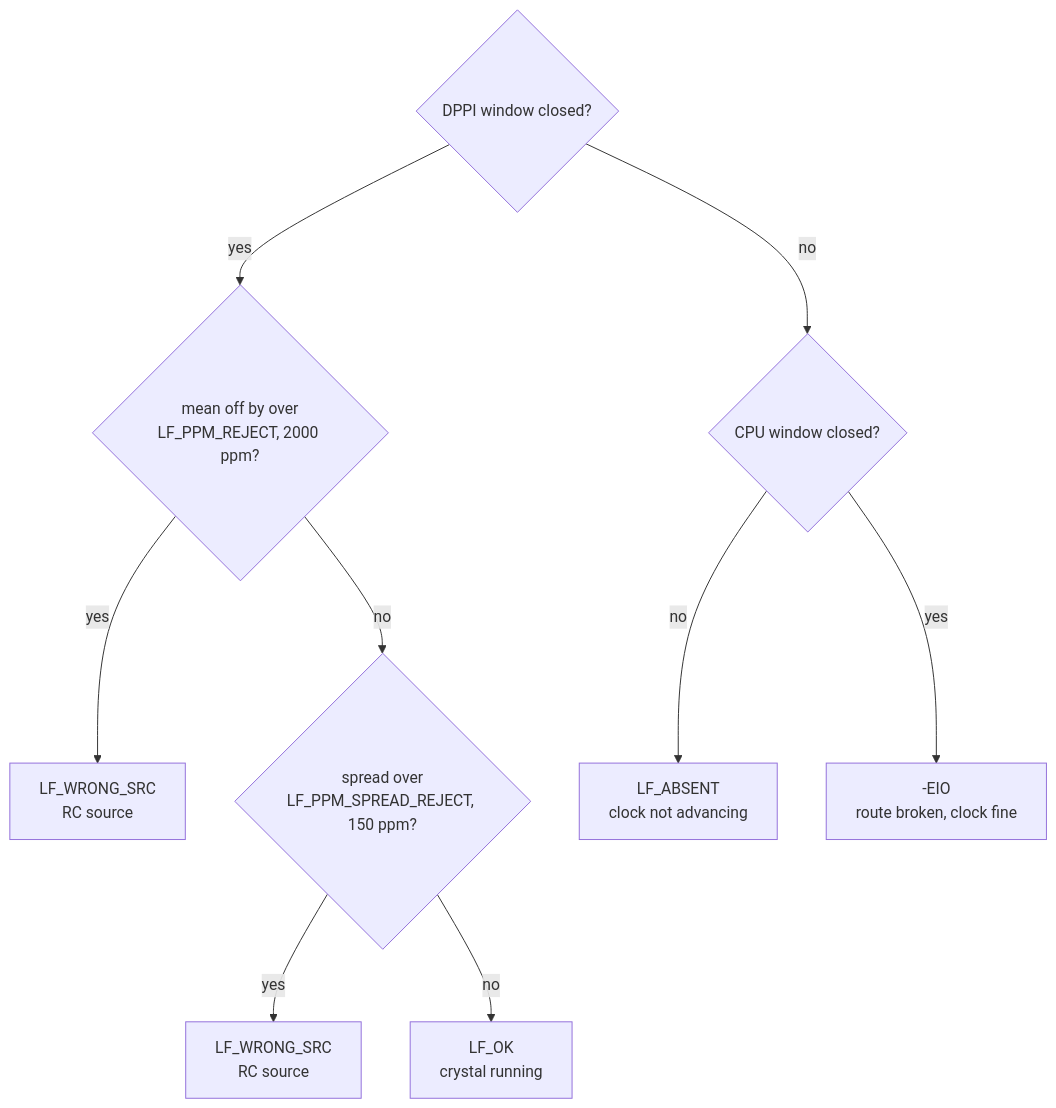
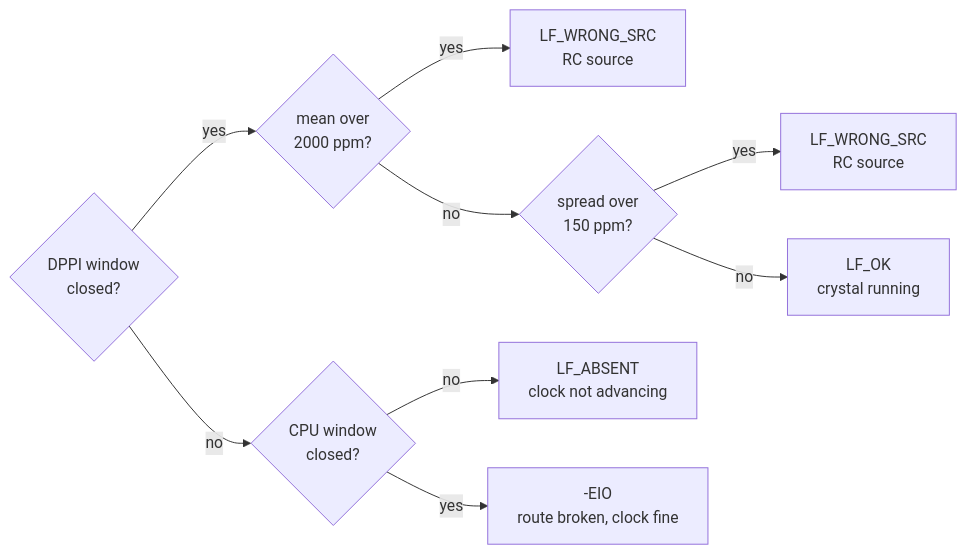
The fourth of 4 diagrams in README.md (droidecahedron/lfclk_probe), drawn with Mermaid before and after one commit. The commit also changed other lines of this file, not shown here.

````diff
--- a/README.md
+++ b/README.md
@@ -83,12 +83,12 @@
 ```mermaid
-flowchart TD
-    cap{"DPPI window closed?"}
-    cap -->|yes| mean{"mean off by over<br/>LF_PPM_REJECT, 2000 ppm?"}
+flowchart LR
+    cap{"DPPI window<br/>closed?"}
+    cap -->|yes| mean{"mean over<br/>2000 ppm?"}
     mean -->|yes| wrong1["LF_WRONG_SRC<br/>RC source"]
-    mean -->|no| spread{"spread over<br/>LF_PPM_SPREAD_REJECT, 150 ppm?"}
+    mean -->|no| spread{"spread over<br/>150 ppm?"}
     spread -->|yes| wrong2["LF_WRONG_SRC<br/>RC source"]
     spread -->|no| ok["LF_OK<br/>crystal running"]
-    cap -->|no| sw{"CPU window closed?"}
+    cap -->|no| sw{"CPU window<br/>closed?"}
     sw -->|no| absent["LF_ABSENT<br/>clock not advancing"]
     sw -->|yes| eio["-EIO<br/>route broken, clock fine"]
 ```
````
